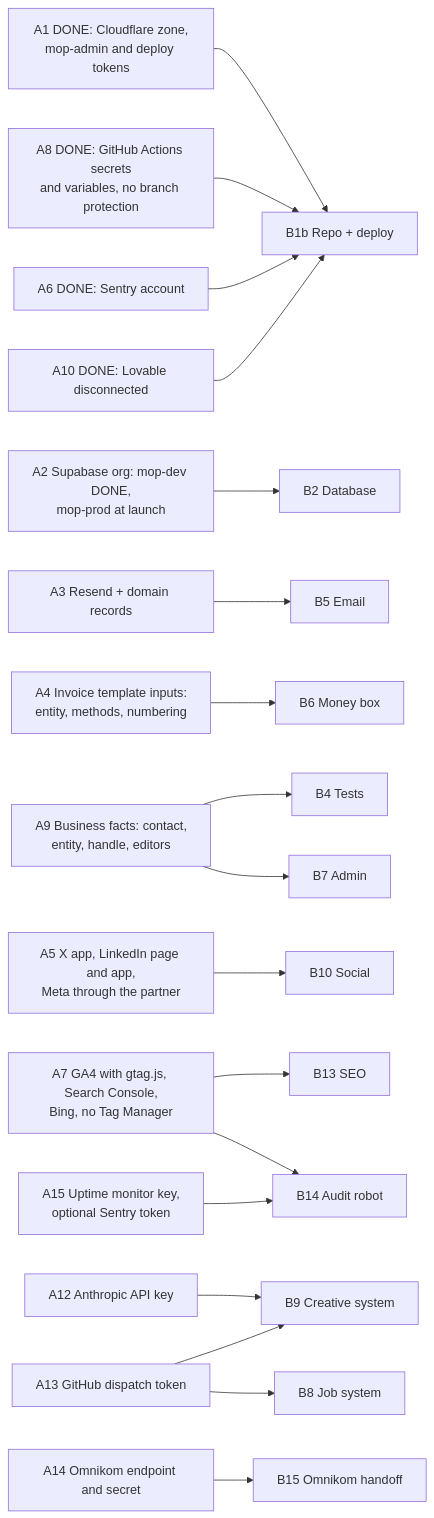
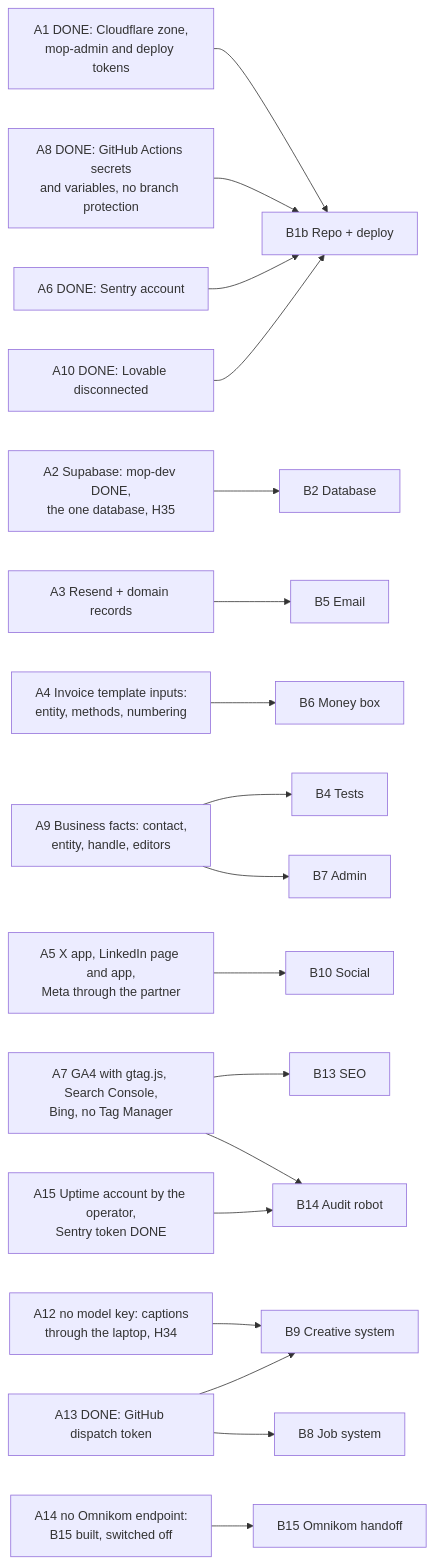
Before and after one commit to AbdulrahmanAmer/matter-of-place: the third of 3 diagrams in workspace/03-diagrams/completion-map.md, drawn with Mermaid. The commit also changed other lines of this file and 84 other files, not shown here.

First line of the commit message:
Plans rewritten for three operator decisions: no R2 (Supabase Storage, /media route), captions through the laptop runner, one database with a launch switch; rulings H33 to H37; own files in line

````diff
--- a/workspace/03-diagrams/completion-map.md
+++ b/workspace/03-diagrams/completion-map.md
@@ -103,30 +103,30 @@
 ```mermaid
 flowchart LR
   A1[A1 DONE: Cloudflare zone,<br/>mop-admin and deploy tokens] --> B1
   A8[A8 DONE: GitHub Actions secrets<br/>and variables, no branch protection] --> B1
   A6[A6 DONE: Sentry account] --> B1
   A10[A10 DONE: Lovable disconnected] --> B1
-  A2[A2 Supabase org: mop-dev DONE,<br/>mop-prod at launch] --> B2
+  A2[A2 Supabase: mop-dev DONE,<br/>the one database, H35] --> B2
   A3[A3 Resend + domain records] --> B5
   A4[A4 Invoice template inputs:<br/>entity, methods, numbering] --> B6
   A9[A9 Business facts: contact,<br/>entity, handle, editors] --> B4 & B7
   A5[A5 X app, LinkedIn page and app,<br/>Meta through the partner] --> B10
   A7[A7 GA4 with gtag.js, Search Console,<br/>Bing, no Tag Manager] --> B13 & B14
-  A12[A12 Anthropic API key] --> B9
-  A13[A13 GitHub dispatch token] --> B8 & B9
-  A14[A14 Omnikom endpoint and secret] --> B15
-  A15[A15 Uptime monitor key,<br/>optional Sentry token] --> B14
+  A12[A12 no model key: captions<br/>through the laptop, H34] --> B9
+  A13[A13 DONE: GitHub dispatch token] --> B8 & B9
+  A14[A14 no Omnikom endpoint:<br/>B15 built, switched off] --> B15
+  A15[A15 Uptime account by the operator,<br/>Sentry token DONE] --> B14
 
   B1[B1b Repo + deploy]
   B2[B2 Database]
   B4[B4 Tests]
   B5[B5 Email]
   B6[B6 Money box]
   B7[B7 Admin]
   B8[B8 Job system]
   B9[B9 Creative system]
   B10[B10 Social]
   B13[B13 SEO]
   B14[B14 Audit robot]
   B15[B15 Omnikom handoff]
 ```
````
